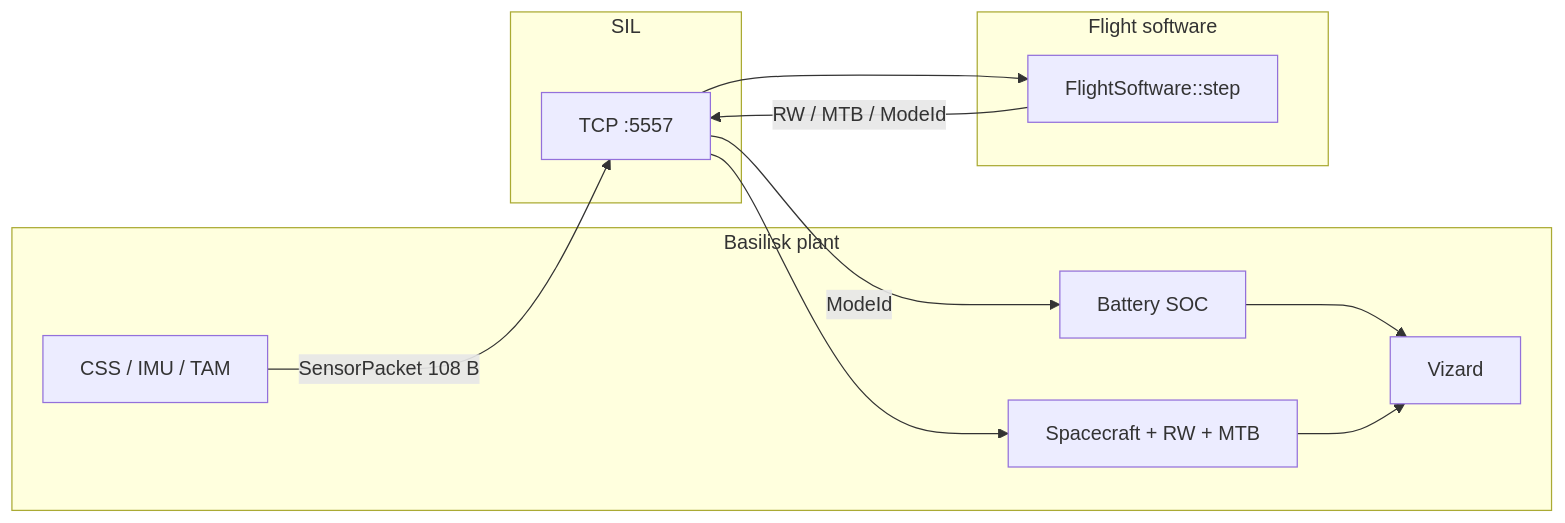
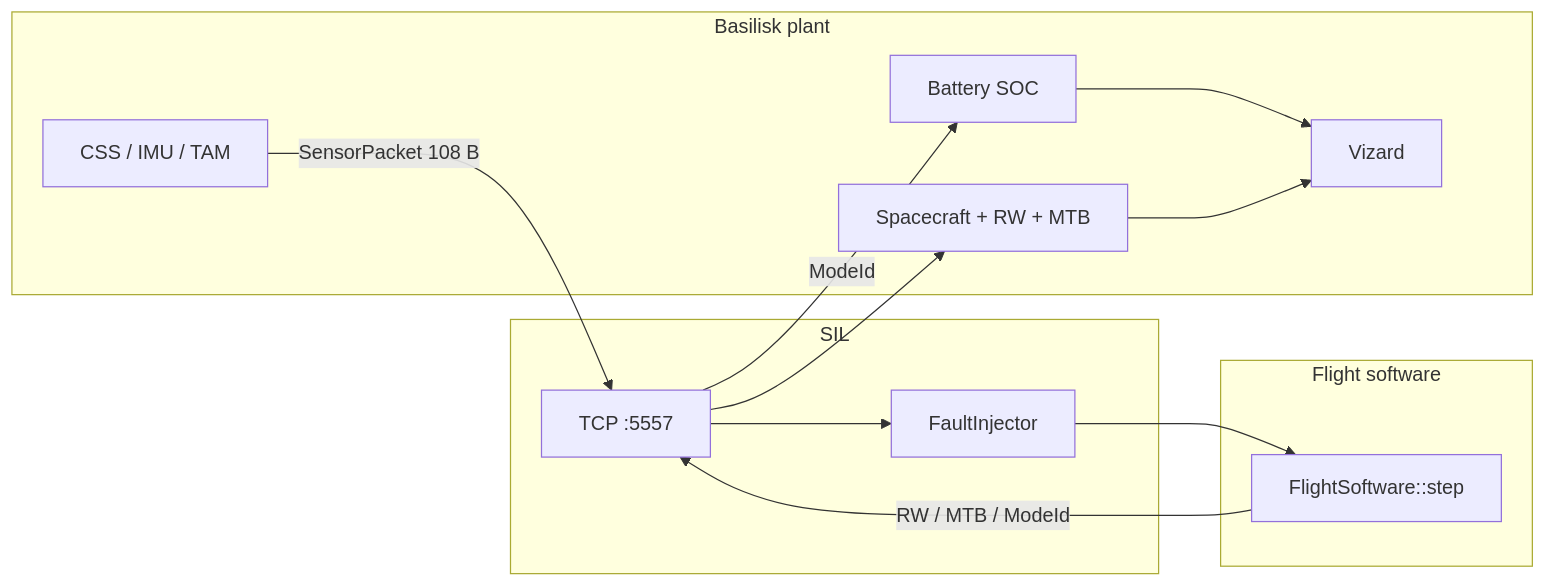
Before and after one commit to niquimi/adcs-flight-software: the third of 3 diagrams in README.md, drawn with Mermaid. The commit also changed other lines of this file and 2 other files, not shown here.

Commit message:
Document SIL-only ModeId and SOC fault injection

````diff
--- a/README.md
+++ b/README.md
@@ -110,21 +110,22 @@
 ```mermaid
 flowchart LR
     subgraph env [Basilisk plant]
         Sensors[CSS / IMU / TAM]
         Plant[Spacecraft + RW + MTB]
         SOC[Battery SOC]
         Viz[Vizard]
     end
     subgraph sil [SIL]
         TCP[TCP :5557]
+        Inj[FaultInjector]
     end
     subgraph fsw [Flight software]
         Step["FlightSoftware::step"]
     end
-    Sensors -->|SensorPacket 108 B| TCP --> Step
+    Sensors -->|SensorPacket 108 B| TCP --> Inj --> Step
     Step -->|RW / MTB / ModeId| TCP
     TCP --> Plant
     TCP -->|ModeId| SOC
     SOC --> Viz
     Plant --> Viz
 ```
````
